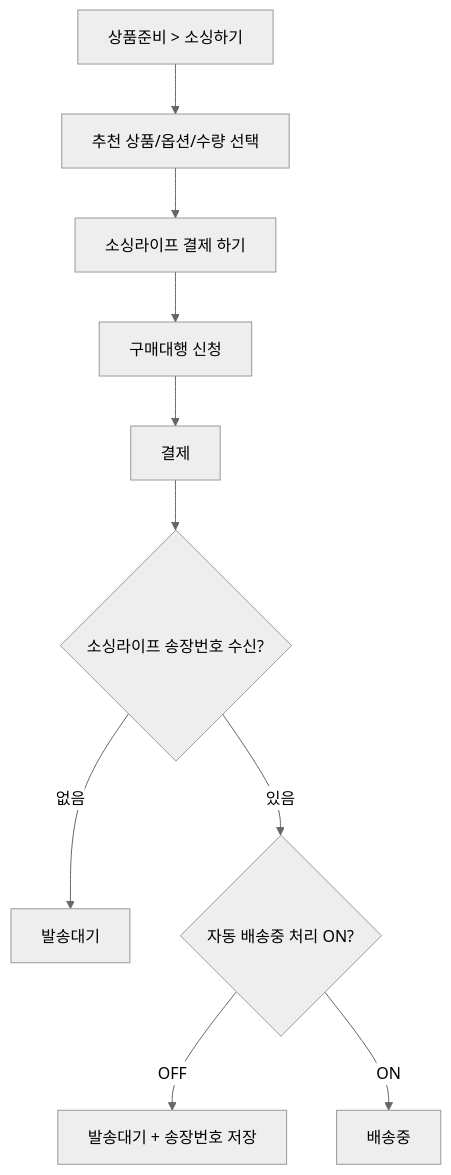
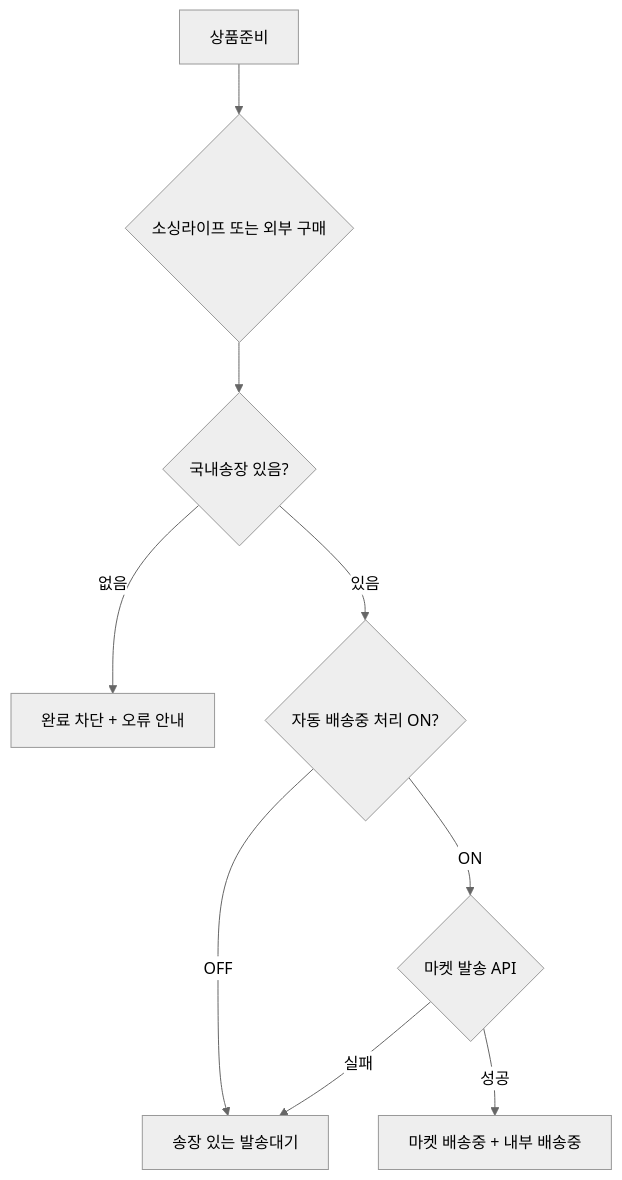
One commit to moonceo/Jmpp changed the second of 4 diagrams in docs/08_유저플로우/01_주문처리_유저플로우.md. Above: the diagram before and after it, drawn with Mermaid (neutral theme). The commit also changed other lines of this file and 245 other files, not shown here.

````diff
--- a/docs/08_유저플로우/01_주문처리_유저플로우.md
+++ b/docs/08_유저플로우/01_주문처리_유저플로우.md
@@ -64,12 +55,11 @@
 ```mermaid
 flowchart TD
-    A["상품준비 > 소싱하기"] --> B["추천 상품/옵션/수량 선택"]
-    B --> C["소싱라이프 결제 하기"]
-    C --> D["구매대행 신청"]
-    D --> E["결제"]
-    E --> F{"소싱라이프 송장번호 수신?"}
-    F -->|"없음"| G["발송대기"]
-    F -->|"있음"| H{"자동 배송중 처리 ON?"}
-    H -->|"OFF"| I["발송대기 + 송장번호 저장"]
-    H -->|"ON"| J["배송중"]
+    A["상품준비"] --> B{"소싱라이프 또는 외부 구매"}
+    B --> C{"국내송장 있음?"}
+    C -->|"없음"| D["완료 차단 + 오류 안내"]
+    C -->|"있음"| E{"자동 배송중 처리 ON?"}
+    E -->|"OFF"| F["송장 있는 발송대기"]
+    E -->|"ON"| G{"마켓 발송 API"}
+    G -->|"성공"| H["마켓 배송중 + 내부 배송중"]
+    G -->|"실패"| F
 ```
````
